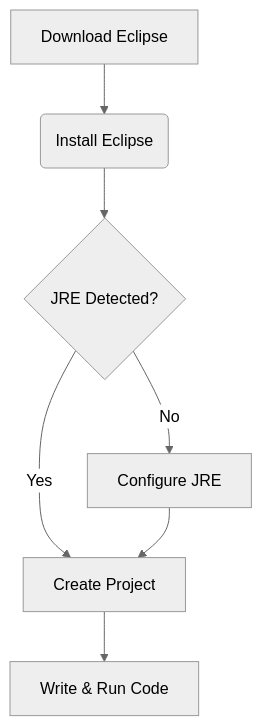
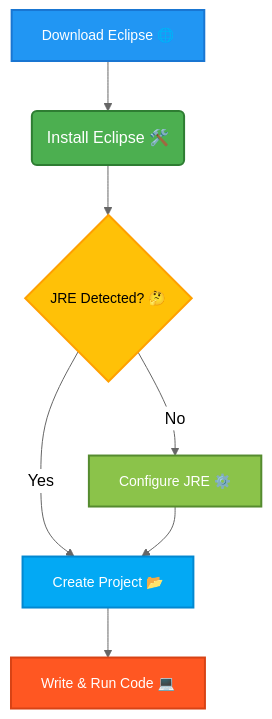
One commit to infoyouth/infoyouth.github.io changed the fourth of 10 diagrams in _posts/2024-11-29-overview-of-java.md. Above: the diagram before and after it, drawn with Mermaid (neutral theme). The commit also changed other lines of this file, not shown here.

````diff
--- a/_posts/2024-11-29-overview-of-java.md
+++ b/_posts/2024-11-29-overview-of-java.md
@@ -232,9 +323,17 @@
 ```mermaid
 graph TD
-    A[Download Eclipse] --> B(Install Eclipse);
-    B --> C{JRE Detected?};
-    C -- Yes --> D[Create Project];
-    C -- No --> E[Configure JRE];
+    A[Download Eclipse 🌐] --> B(Install Eclipse 🛠️);
+    B --> C{JRE Detected? 🤔};
+    C -- Yes --> D[Create Project 📂];
+    C -- No --> E[Configure JRE ⚙️];
     E --> D;
-    D --> F[Write & Run Code];
+    D --> F[Write & Run Code 💻];
+
+    style A fill:#2196F3,stroke:#1976D2,stroke-width:2px,color:#FFFFFF,font-size:14px
+    style B fill:#4CAF50,stroke:#2E7D32,stroke-width:2px,color:#FFFFFF,font-size:16px
+    style C fill:#FFC107,stroke:#FFA000,stroke-width:2px,color:#000000,font-size:14px
+    style D fill:#03A9F4,stroke:#0288D1,stroke-width:2px,color:#FFFFFF,font-size:14px
+    style E fill:#8BC34A,stroke:#558B2F,stroke-width:2px,color:#FFFFFF,font-size:14px
+    style F fill:#FF5722,stroke:#D84315,stroke-width:2px,color:#FFFFFF,font-size:14px
+
 ```
````
